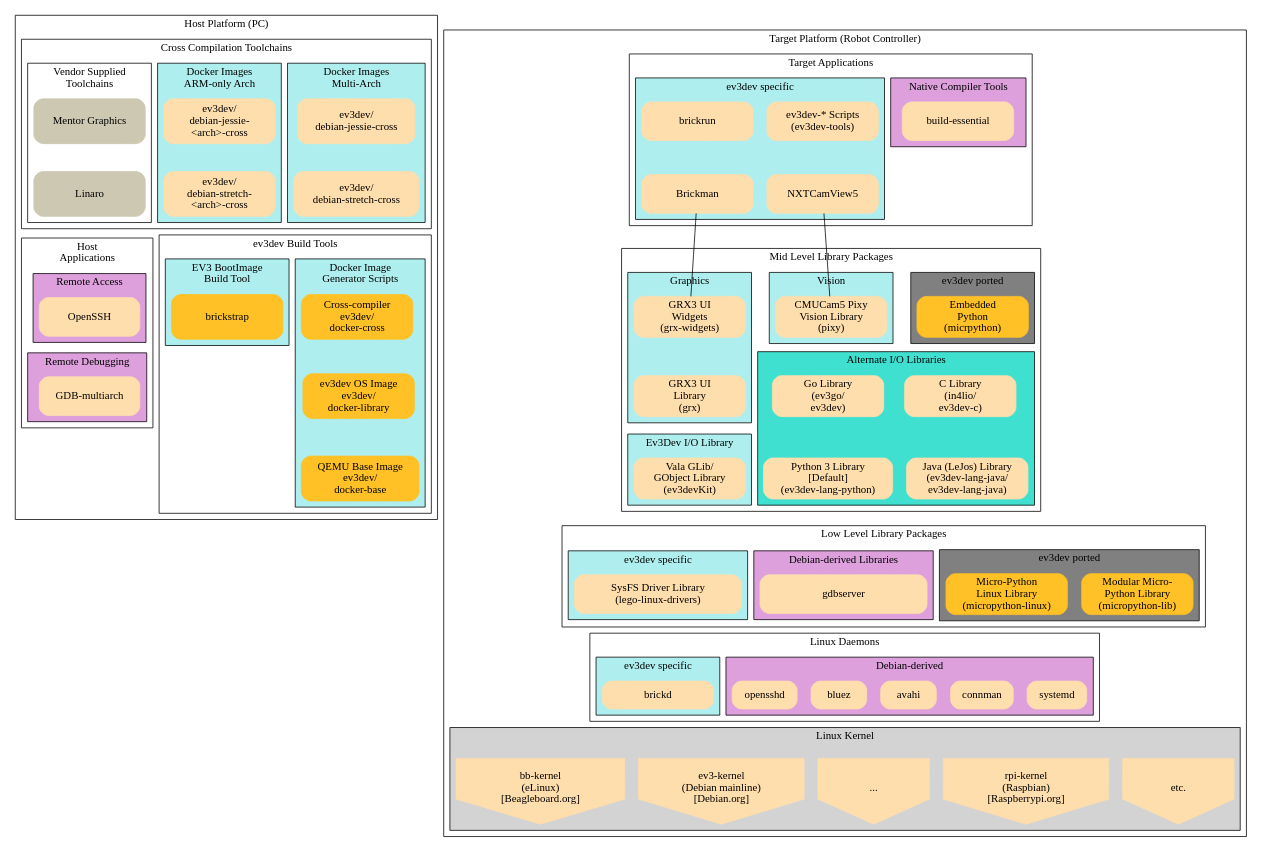
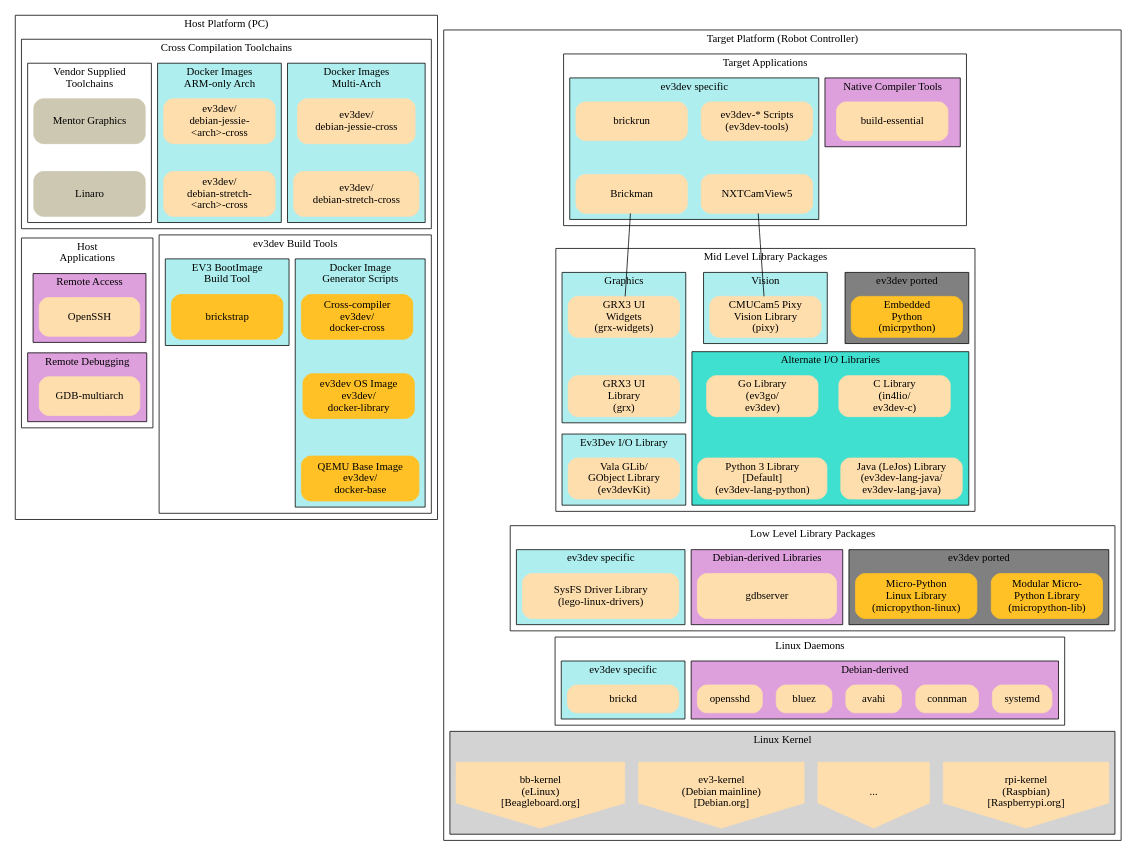
The diagram in images/ev3dev-software-packages.dot (ev3dev/edu-docs), drawn with Graphviz before and after one commit. The commit also changed 3 other files, not shown here.

```diff
--- a/images/ev3dev-software-packages.dot
+++ b/images/ev3dev-software-packages.dot
@@ -170,7 +170,7 @@
 				label="ev3dev ported";
 				style=filled;
 				fillcolor=grey;
-				node [shape=rect,style="filled,rounded",color=goldenrod1,width=2,height=0.7];
+				node [shape=rect,style="filled,rounded",color=goldenrod1,width=2,height=0.8];
 				"Modular Micro-\nPython Library\n(micropython-lib)"; "Micro-Python\nLinux Library\n(micropython-linux)";
 			};
 
@@ -179,7 +179,7 @@
 				label = "Debian-derived Libraries";
 				style=filled;
 				fillcolor=plum;
-				node [shape=rect,style="filled,rounded",color=navajowhite,width=3,height=0.7];
+				node [shape=rect,style="filled,rounded",color=navajowhite,width=2.5,height=0.8];
 				"gdbserver"
 			};
 
@@ -187,7 +187,7 @@
 			label = "ev3dev specific";
 			style=filled;
 			fillcolor=paleturquoise;
-			node [shape=rect,style="filled,rounded",color=navajowhite,width=3,height=0.7];
+			node [shape=rect,style="filled,rounded",color=navajowhite,width=2.8,height=0.8];
 			"SysFS Driver Library\n(lego-linux-drivers)";
 
 			};
@@ -222,7 +222,7 @@
 			style=filled;
 			fillcolor=lightgrey;
 			node [style=filled,color=navajowhite, shape=invhouse,width=2,height=1.3];
-			rank = same; "etc."; "rpi-kernel\n(Raspbian)\n[Raspberrypi.org]"; "..."; 
+			rank = same; "rpi-kernel\n(Raspbian)\n[Raspberrypi.org]"; "..."; 
 			"ev3-kernel\n(Debian mainline)\n[Debian.org]"; "bb-kernel\n(eLinux)\n[Beagleboard.org]"; 
 		};
 
```
